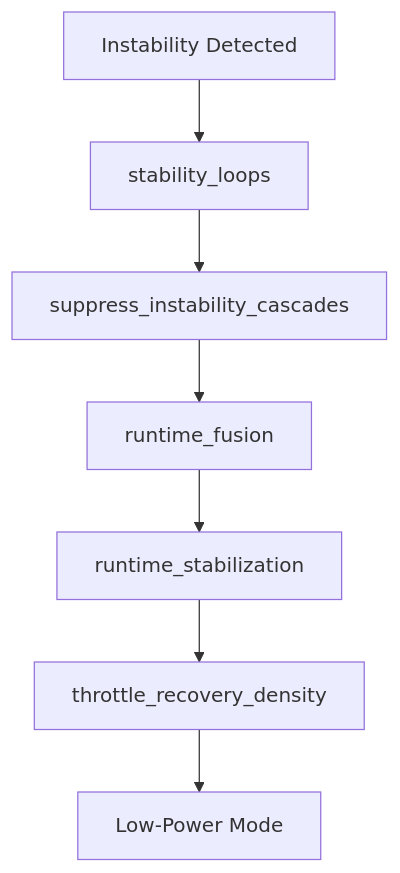
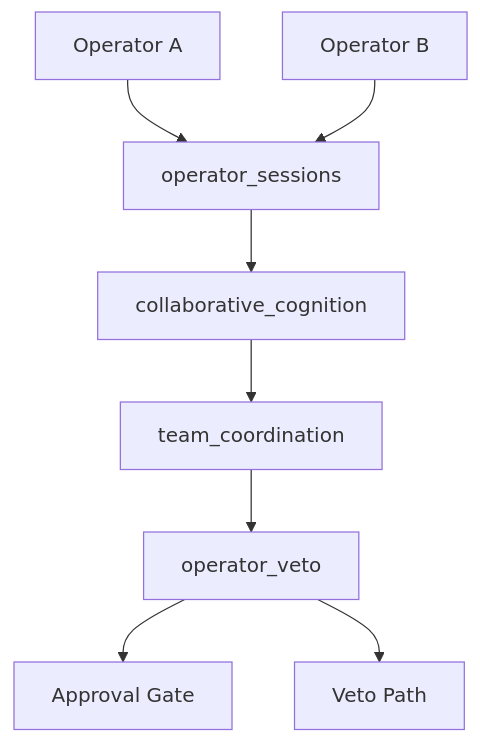
The fourth of 6 diagrams in README.md (FrostXMello/odin-runtime), drawn with Mermaid before and after one commit. The commit also changed other lines of this file and 30 other files, not shown here.

````diff
--- a/README.md
+++ b/README.md
@@ -158,9 +115,10 @@
 ```mermaid
 flowchart TB
-    INST[Instability Detected] --> SL[stability_loops]
-    SL --> SUP[suppress_instability_cascades]
-    SUP --> RF[runtime_fusion]
-    RF --> RS[runtime_stabilization]
-    RS --> THR[throttle_recovery_density]
-    THR --> LP[Low-Power Mode]
+    OP1[Operator A] --> OS[operator_sessions]
+    OP2[Operator B] --> OS
+    OS --> CC[collaborative_cognition]
+    CC --> TC[team_coordination]
+    TC --> OV[operator_veto]
+    OV --> APPROVE[Approval Gate]
+    OV --> VETO[Veto Path]
 ```
````
